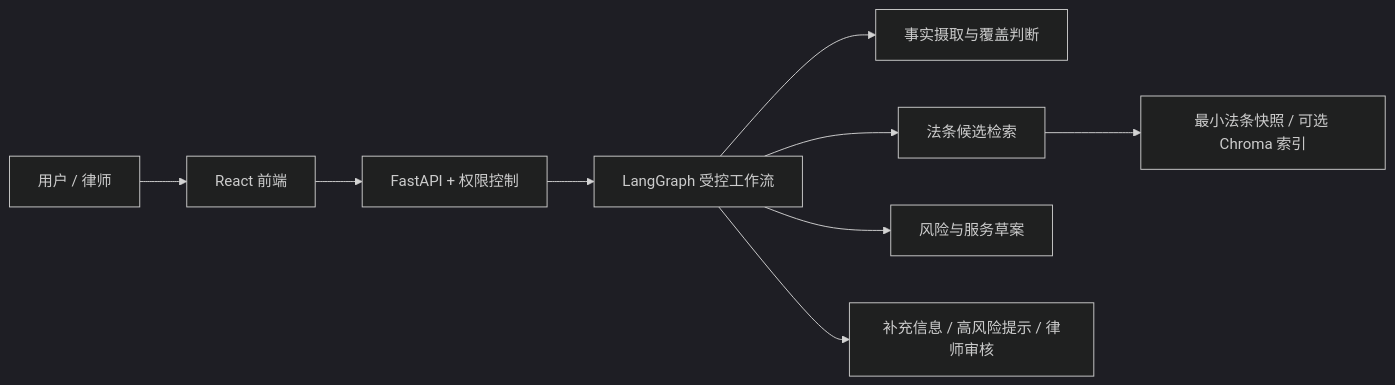
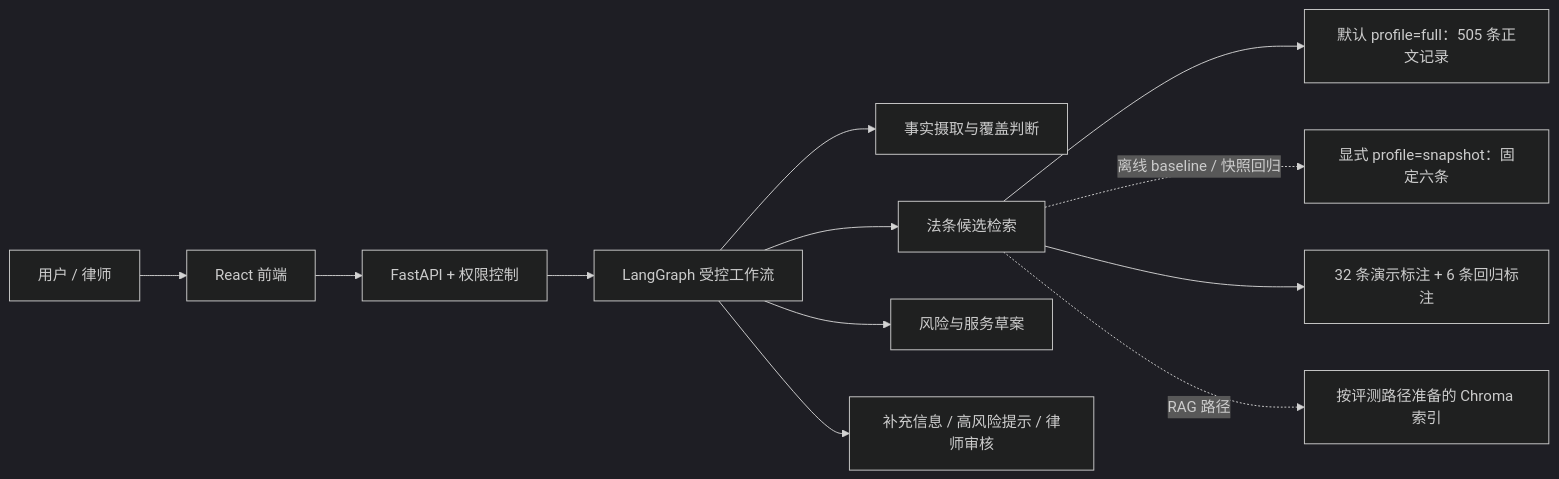
One commit to pyrojewel14/Multi-Agent-Criminal-Defense-Initial-Consultation-System changed the diagram in README.md. Above: the diagram before and after it, drawn with Mermaid (dark theme). The commit also changed other lines of this file, not shown here.

Commit message:
docs: align README corpus showcase and validation boundaries

````diff
--- a/README.md
+++ b/README.md
@@ -17,11 +17,14 @@
 ```mermaid
 flowchart LR
     User[用户 / 律师] --> Web[React 前端]
     Web --> API[FastAPI + 权限控制]
     API --> Graph[LangGraph 受控工作流]
     Graph --> Facts[事实摄取与覆盖判断]
     Graph --> Laws[法条候选检索]
     Graph --> Draft[风险与服务草案]
     Graph --> Human[补充信息 / 高风险提示 / 律师审核]
-    Laws --> Sources[最小法条快照 / 可选 Chroma 索引]
+    Laws --> Full[默认 profile=full：505 条正文记录]
+    Laws -. 离线 baseline / 快照回归 .-> Snapshot[显式 profile=snapshot：固定六条]
+    Laws --> Annotations[32 条演示标注 + 6 条回归标注]
+    Laws -. RAG 路径 .-> Chroma[按评测路径准备的 Chroma 索引]
 ```
````
